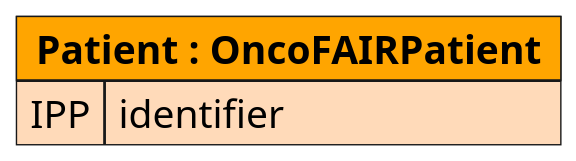
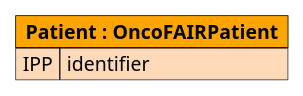
The diagram in input/images-source/OncoFAIRPatient.plantuml (ONCOFAIR/FHIR-ImplementationGuide-Article), drawn with PlantUML before and after one commit. The commit also changed 5 other files, not shown here.

```diff
--- a/input/images-source/OncoFAIRPatient.plantuml
+++ b/input/images-source/OncoFAIRPatient.plantuml
@@ -1,10 +1,10 @@
 @startuml
 
-scale 400 width
+scale 200 width
 
 map "**Patient : OncoFAIRPatient**" as Patient #back:PeachPuff;header:Orange {
     IPP => identifier
 }
 
 
 @enduml
```
